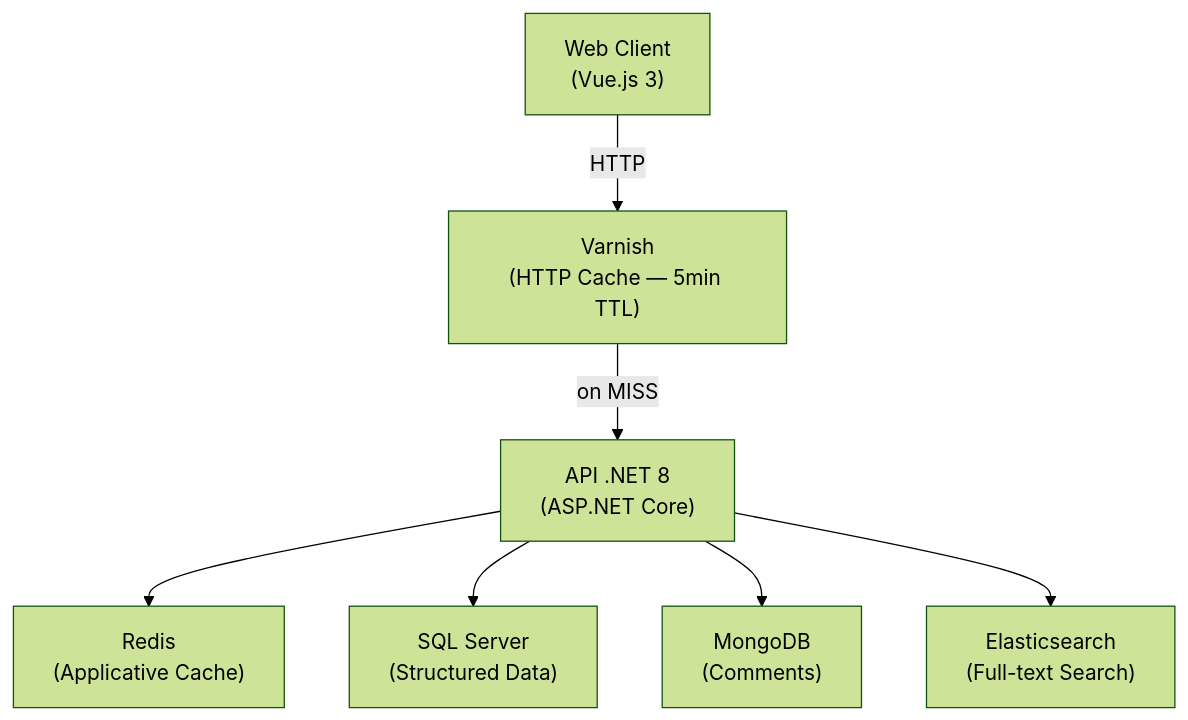
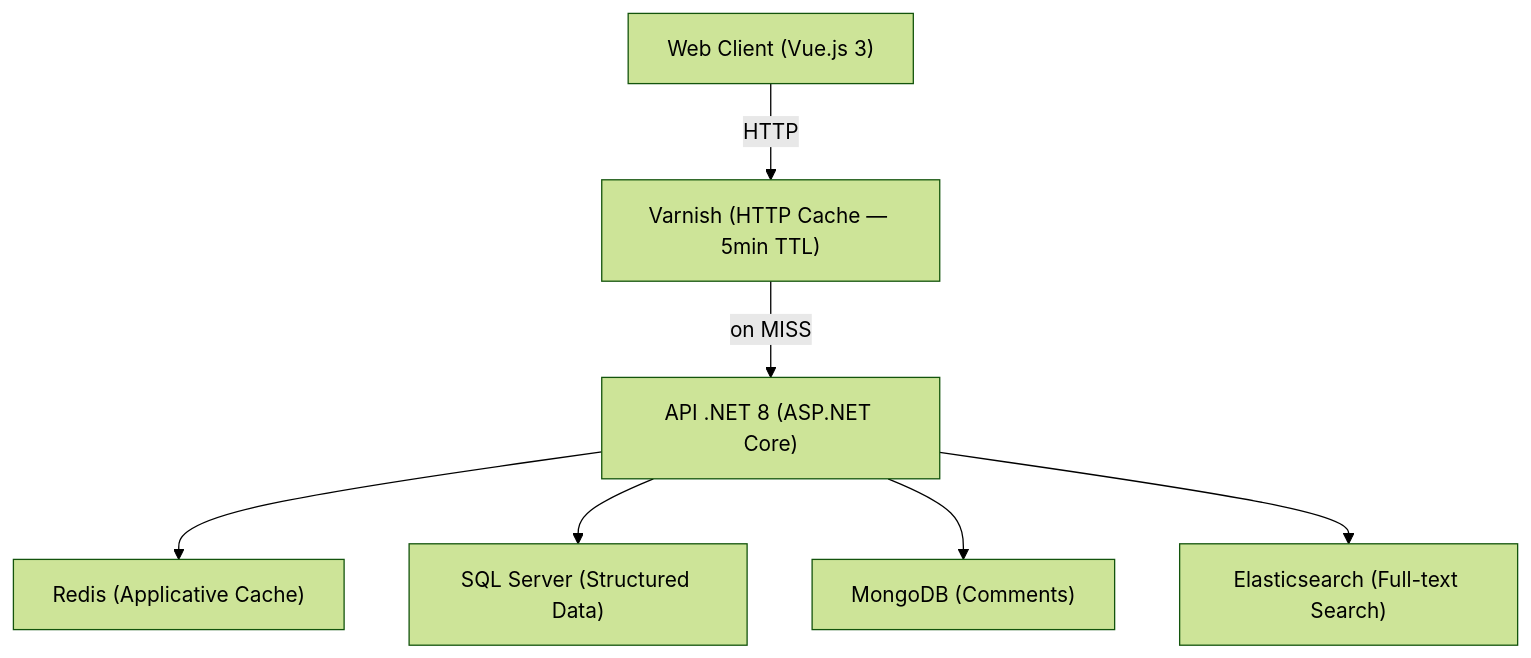
One commit to LaurentCondoure/EventManager changed the first of 7 diagrams in documents/Technical/TECHNICAL_DESIGN.md. Above: the diagram before and after it, drawn with Mermaid (forest theme). The commit also changed 6 other files, not shown here.

Commit message:
docs: Add current architecture documentations

````diff
--- a/documents/Technical/TECHNICAL_DESIGN.md
+++ b/documents/Technical/TECHNICAL_DESIGN.md
@@ -11,17 +11,17 @@
 ```mermaid
 graph TB
-    Client["Web Client\n(Vue.js 3)"]
-    Varnish["Varnish\n(HTTP Cache — 5min TTL)"]
-    API["API .NET 8\n(ASP.NET Core)"]
-    Redis["Redis\n(Applicative Cache)"]
-    SQL["SQL Server\n(Structured Data)"]
-    Mongo["MongoDB\n(Comments)"]
-    ES["Elasticsearch\n(Full-text Search)"]
+    Client["Web Client (Vue.js 3)"]
+    Varnish["Varnish (HTTP Cache — 5min TTL)"]
+    API["API .NET 8 (ASP.NET Core)"]
+    Redis["Redis (Applicative Cache)"]
+    SQL["SQL Server (Structured Data)"]
+    Mongo["MongoDB (Comments)"]
+    ES["Elasticsearch (Full-text Search)"]
 
     Client -->|HTTP| Varnish
     Varnish -->|on MISS| API
     API --> Redis
     API --> SQL
     API --> Mongo
     API --> ES
 ```
````
